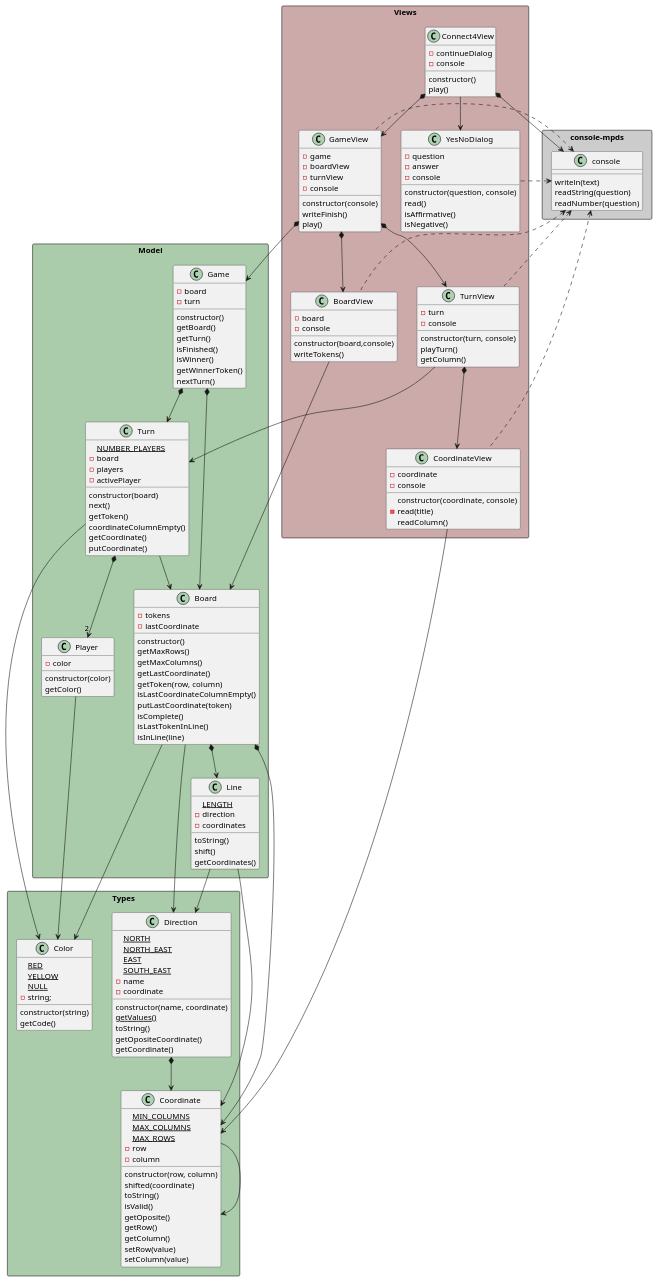
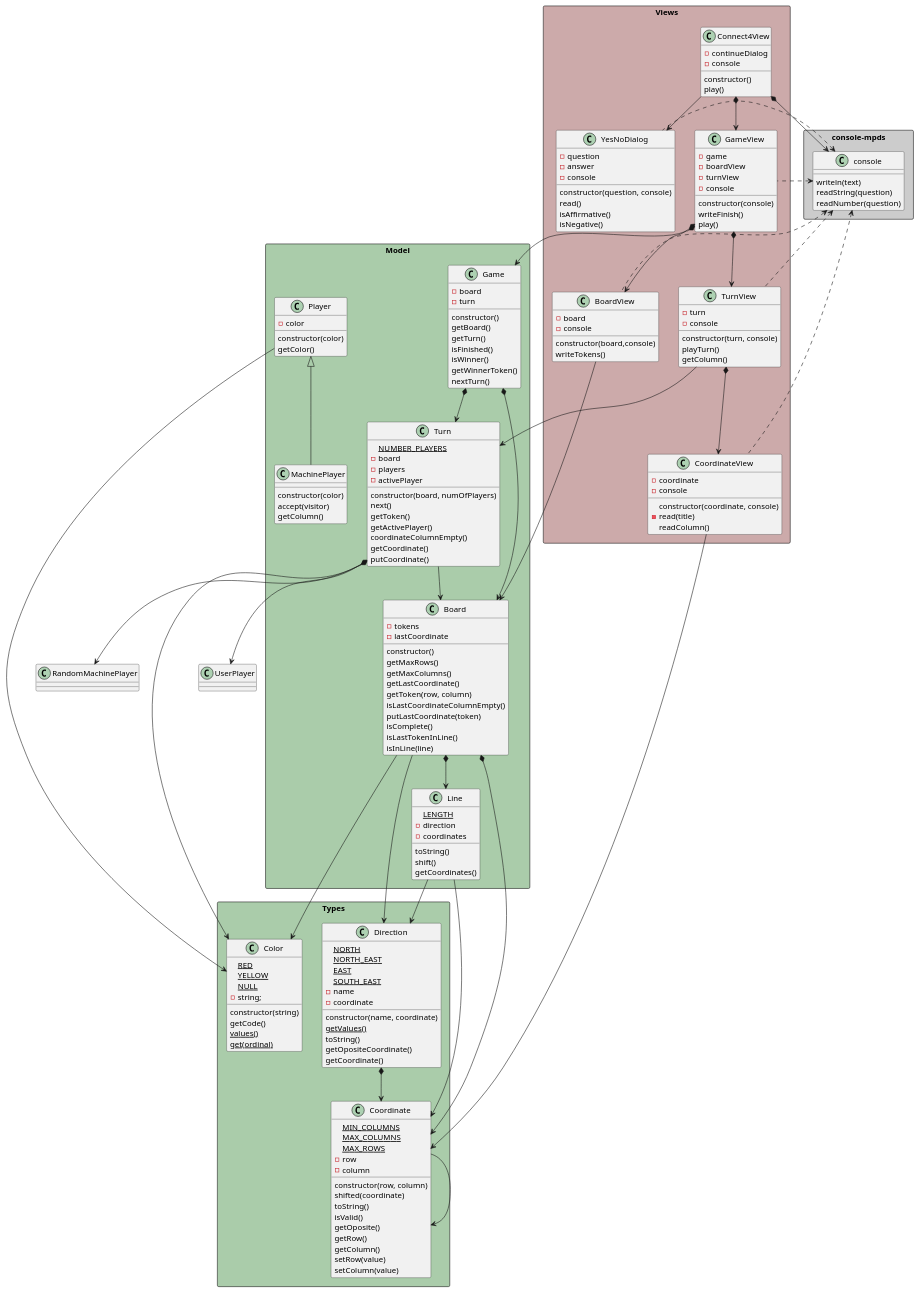
The diagram in game-connect4/docs/diagrams/objectOriented/classNotation/class diagram.plantuml (mpaulaherrero/escuelaIT), drawn with PlantUML before and after one commit. The commit also changed 8 other files, not shown here.

Commit message:
user y machine player

```diff
--- a/game-connect4/docs/diagrams/objectOriented/classNotation/class diagram.plantuml
+++ b/game-connect4/docs/diagrams/objectOriented/classNotation/class diagram.plantuml
@@ -47,6 +47,8 @@
         -string;
         constructor(string) 
         getCode()
+        {static} values()
+        {static} get(ordinal)
     }    
 }    
 
@@ -94,14 +96,21 @@
         getColor()
     }
 
+    class MachinePlayer extends Player{
+        constructor(color)
+        accept(visitor)    
+        getColumn()
+    }    
+
     class Turn{
         {static} NUMBER_PLAYERS
         -board
         -players
         -activePlayer
-        constructor(board)
+        constructor(board, numOfPlayers)
         next()
         getToken()
+        getActivePlayer()
         coordinateColumnEmpty()
         getCoordinate()
         putCoordinate()
@@ -176,9 +185,10 @@
 
 Player -down-> Color
 
-Turn *-down-> "2" Player
 Turn -down-> Board
 Turn -down-> Color
+Turn *-down-> UserPlayer
+Turn *-down-> RandomMachinePlayer
 
 Game *-down-> Board
 Game *-down-> Turn
```
